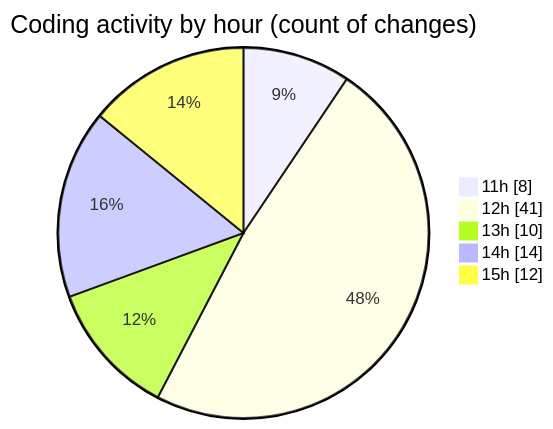
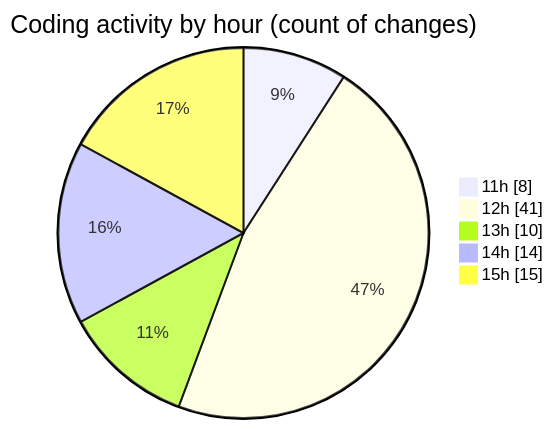
The second of 2 diagrams in 2025-05-04/project/README.md (BS-eng2023/code-tracking), drawn with Mermaid before and after one commit. The commit also changed other lines of this file and 1 other file, not shown here.

````diff
--- a/2025-05-04/project/README.md
+++ b/2025-05-04/project/README.md
@@ -50,9 +50,9 @@
 ```mermaid
 pie showData
 title Coding activity by hour (count of changes)
 "11h" : 8
 "12h" : 41
 "13h" : 10
 "14h" : 14
-"15h" : 12
+"15h" : 15
 ```
````
